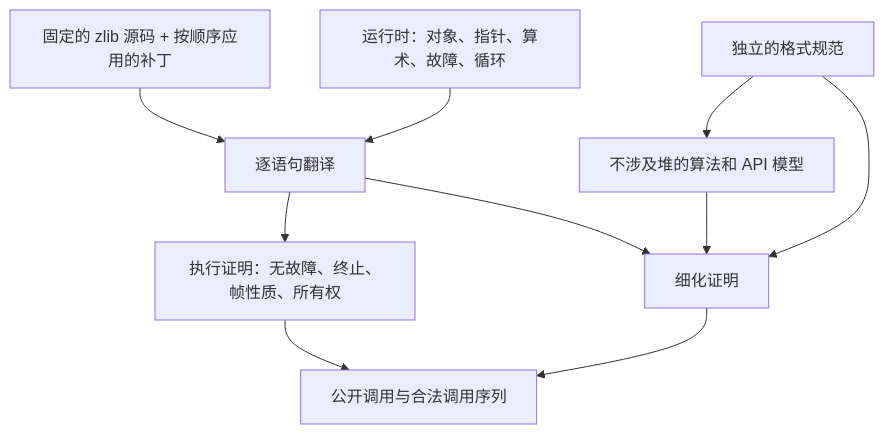
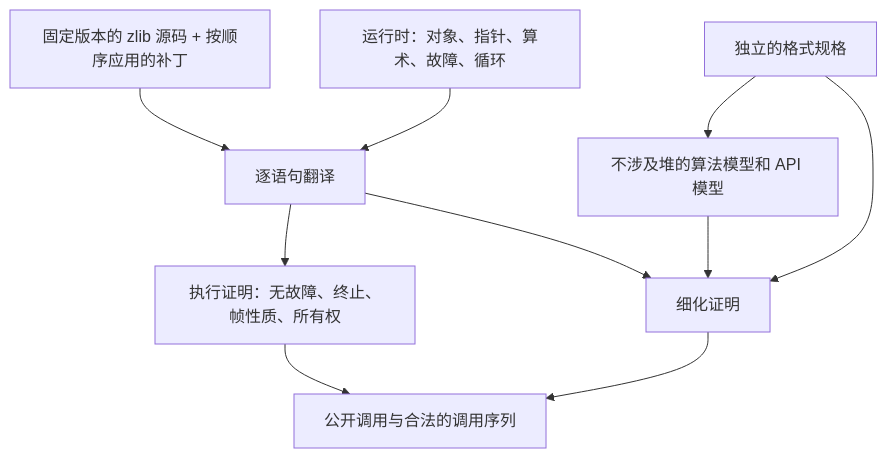
Before and after one commit to cla7aye15I4nd/oss-proof: the first of 2 diagrams in docs/design/architecture.zh.md, drawn with Mermaid. The commit also changed other lines of this file and 3 other files, not shown here.

First line of the commit message:
Docs: architecture and translation show the model definitions and worked examples

````diff
--- a/docs/design/architecture.zh.md
+++ b/docs/design/architecture.zh.md
@@ -8,12 +8,12 @@
 ```mermaid
 flowchart TD
-    C["固定的 zlib 源码 + 按顺序应用的补丁"] --> T["逐语句翻译"]
+    C["固定版本的 zlib 源码 + 按顺序应用的补丁"] --> T["逐语句翻译"]
     R["运行时：对象、指针、算术、故障、循环"] --> T
     T --> P["执行证明：无故障、终止、帧性质、所有权"]
     T --> F["细化证明"]
-    M["不涉及堆的算法和 API 模型"] --> F
-    S["独立的格式规范"] --> M
+    M["不涉及堆的算法模型和 API 模型"] --> F
+    S["独立的格式规格"] --> M
     S --> F
-    P --> A["公开调用与合法调用序列"]
+    P --> A["公开调用与合法的调用序列"]
     F --> A
 ```
````
